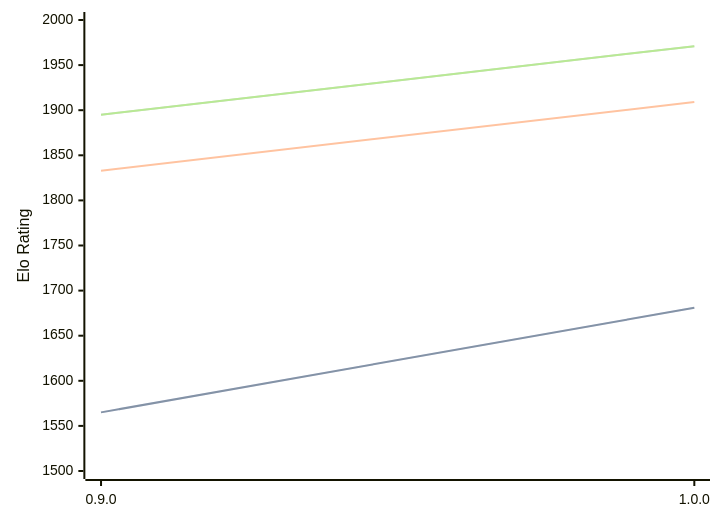
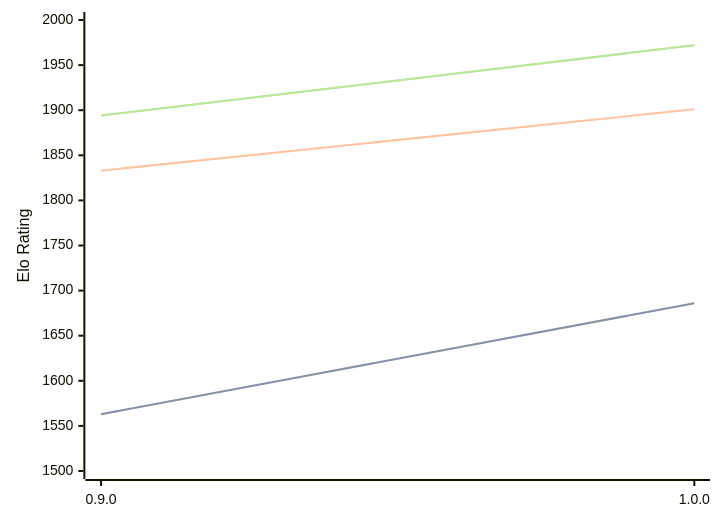
The diagram in engines/Ratsu.md (computer-chess-index/cci), drawn with Mermaid before and after one commit. The commit also changed other lines of this file, not shown here.

Commit message:
Update CCI Ratings (ELO VLTC) - 2026-03-16

````diff
--- a/engines/Ratsu.md
+++ b/engines/Ratsu.md
@@ -30,11 +30,11 @@
 ```mermaid
 %%{init: {"theme":"base","themeVariables":{"seriesColors:['#a3a3a3','#222221','#faa371']}}}%%
 xychart-beta
   x-axis ["0.9.0", "1.0.0"]
   y-axis "Elo Rating" 1500 --> 2000
-  line "STC (8.0+0.08s)" [1565, 1681]
-  line "STC (8.0+0.08s)" [1565, 1681]
-  line "LTC (60.0+0.60s)" [1833, 1909]
-  line "VLTC (2m24s+1.12s)" [1895, 1971]
-  line "VLTC (2m24s+1.12s)" [1895, 1971]
+  line "STC (8.0+0.08s)" [1563, 1686]
+  line "STC (8.0+0.08s)" [1563, 1686]
+  line "LTC (60.0+0.60s)" [1833, 1901]
+  line "VLTC (2m24s+1.12s)" [1894, 1972]
+  line "VLTC (2m24s+1.12s)" [1894, 1972]
 ```
````
